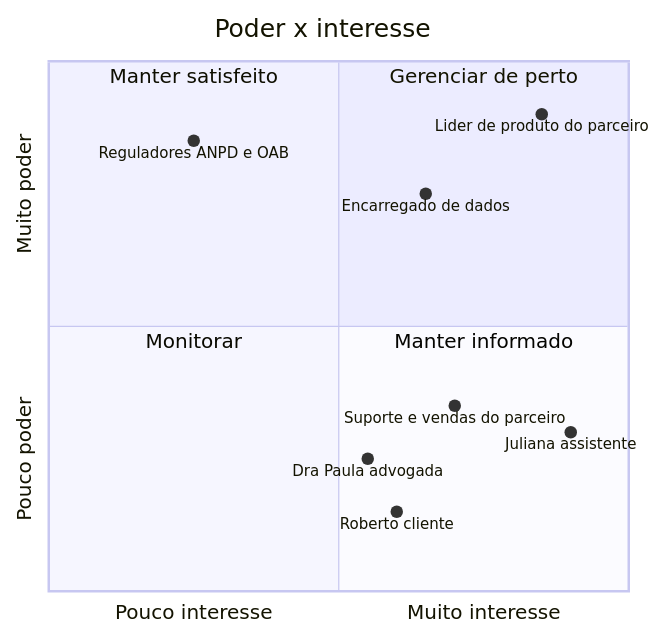
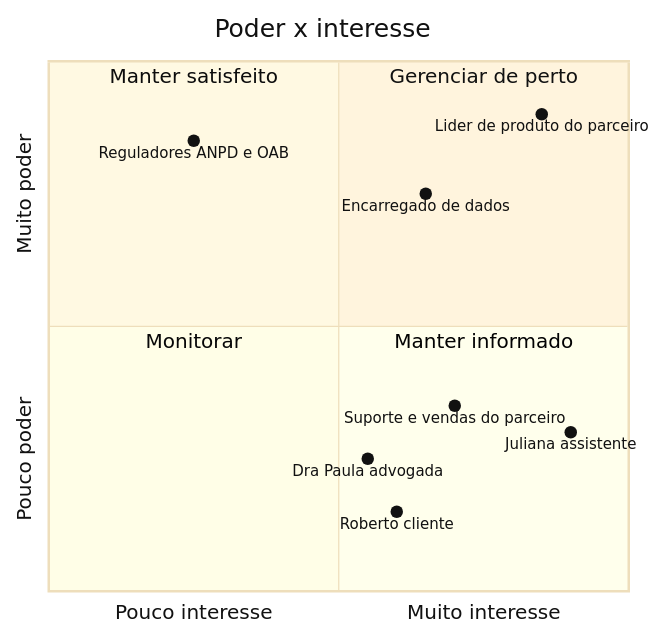
The diagram in docs/etapas/07-business-case.md (marcosvpantoja/extracao-dados-documentos), drawn with Mermaid before and after one commit. The commit also changed 19 other files, not shown here.

Commit message:
Todos os diagramas com tema fixo, legíveis em fundo claro e escuro

````diff
--- a/docs/etapas/07-business-case.md
+++ b/docs/etapas/07-business-case.md
@@ -155,17 +155,18 @@
 ```mermaid
+%%{init: {"theme": "base", "themeVariables": {"lineColor": "#8a8a8a", "primaryTextColor": "#111111", "edgeLabelBackground": "#f3f4f6"}}}%%
 quadrantChart
     title Poder x interesse
     x-axis Pouco interesse --> Muito interesse
     y-axis Pouco poder --> Muito poder
     quadrant-1 Gerenciar de perto
     quadrant-2 Manter satisfeito
     quadrant-3 Monitorar
     quadrant-4 Manter informado
     Lider de produto do parceiro: [0.85, 0.9]
     Encarregado de dados: [0.65, 0.75]
     Reguladores ANPD e OAB: [0.25, 0.85]
     Suporte e vendas do parceiro: [0.7, 0.35]
     Juliana assistente: [0.9, 0.3]
     Roberto cliente: [0.6, 0.15]
     Dra Paula advogada: [0.55, 0.25]
 ```
````
